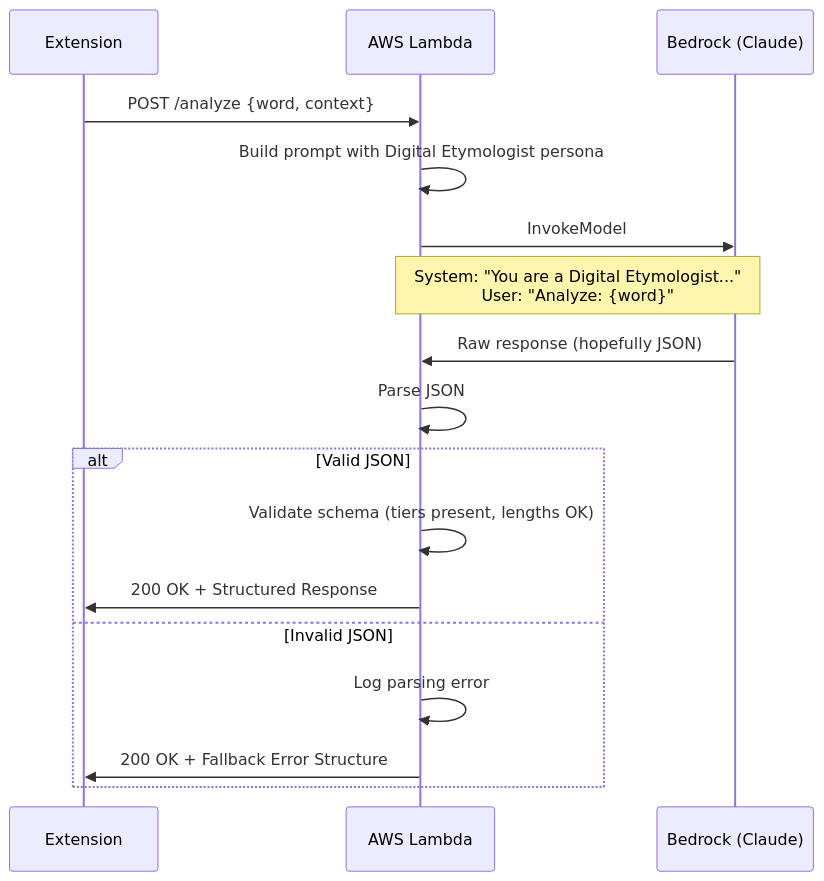
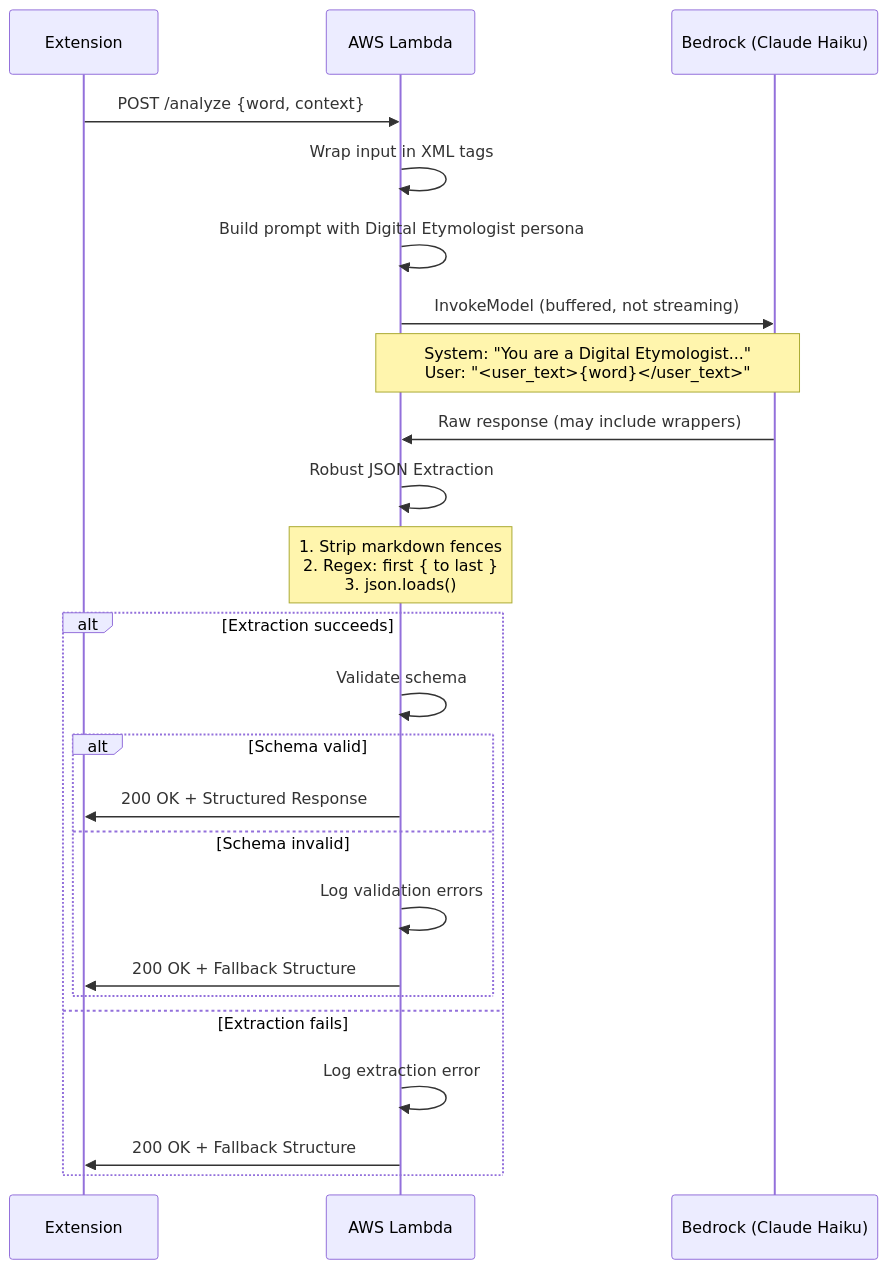
Before and after one commit to martymcenroe/Aletheia: the diagram in docs/1124-digital-etymologist.md, drawn with Mermaid. The commit also changed other lines of this file, not shown here.

First line of the commit message:
docs: revise LLD 1124 per architect review (ref #124)

````diff
--- a/docs/1124-digital-etymologist.md
+++ b/docs/1124-digital-etymologist.md
@@ -74,24 +92,32 @@
 ```mermaid
 sequenceDiagram
     participant Ext as Extension
     participant Lambda as AWS Lambda
-    participant Bedrock as Bedrock (Claude)
+    participant Bedrock as Bedrock (Claude Haiku)
 
     Ext->>Lambda: POST /analyze {word, context}
 
+    Lambda->>Lambda: Wrap input in XML tags
     Lambda->>Lambda: Build prompt with Digital Etymologist persona
 
-    Lambda->>Bedrock: InvokeModel
-    Note over Lambda,Bedrock: System: "You are a Digital Etymologist..."<br/>User: "Analyze: {word}"
+    Lambda->>Bedrock: InvokeModel (buffered, not streaming)
+    Note over Lambda,Bedrock: System: "You are a Digital Etymologist..."<br/>User: "<user_text>{word}</user_text>"
 
-    Bedrock->>Lambda: Raw response (hopefully JSON)
+    Bedrock->>Lambda: Raw response (may include wrappers)
 
-    Lambda->>Lambda: Parse JSON
-    alt Valid JSON
-        Lambda->>Lambda: Validate schema (tiers present, lengths OK)
-        Lambda->>Ext: 200 OK + Structured Response
-    else Invalid JSON
-        Lambda->>Lambda: Log parsing error
-        Lambda->>Ext: 200 OK + Fallback Error Structure
+    Lambda->>Lambda: Robust JSON Extraction
+    Note over Lambda: 1. Strip markdown fences<br/>2. Regex: first { to last }<br/>3. json.loads()
+
+    alt Extraction succeeds
+        Lambda->>Lambda: Validate schema
+        alt Schema valid
+            Lambda->>Ext: 200 OK + Structured Response
+        else Schema invalid
+            Lambda->>Lambda: Log validation errors
+            Lambda->>Ext: 200 OK + Fallback Structure
+        end
+    else Extraction fails
+        Lambda->>Lambda: Log extraction error
+        Lambda->>Ext: 200 OK + Fallback Structure
     end
 ```
````
